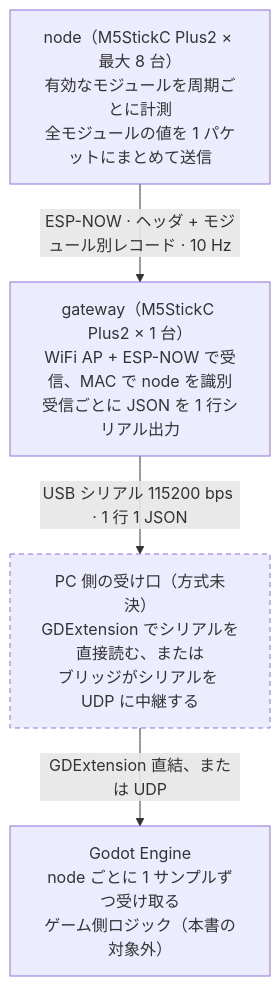
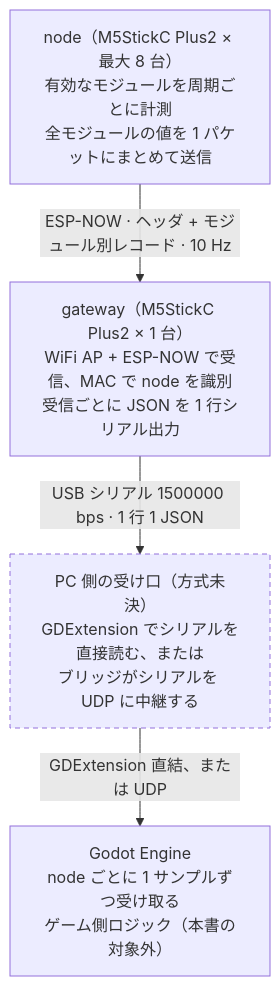
The first of 2 diagrams in doc/system-architecture.md (shiruku-shibata/Beer-Fw), drawn with Mermaid before and after one commit. The commit also changed other lines of this file and 8 other files, not shown here.

````diff
--- a/doc/system-architecture.md
+++ b/doc/system-architecture.md
@@ -19,13 +19,13 @@
 ```mermaid
 flowchart TB
     S["node（M5StickC Plus2 × 最大 8 台）<br/>有効なモジュールを周期ごとに計測<br/>全モジュールの値を 1 パケットにまとめて送信"]
     R["gateway（M5StickC Plus2 × 1 台）<br/>WiFi AP + ESP-NOW で受信、MAC で node を識別<br/>受信ごとに JSON を 1 行シリアル出力"]
     P["PC 側の受け口（方式未決）<br/>GDExtension でシリアルを直接読む、または<br/>ブリッジがシリアルを UDP に中継する"]
     G["Godot Engine<br/>node ごとに 1 サンプルずつ受け取る<br/>ゲーム側ロジック（本書の対象外）"]
 
     S -- "ESP-NOW · ヘッダ + モジュール別レコード · 10 Hz" --> R
-    R -- "USB シリアル 115200 bps · 1 行 1 JSON" --> P
+    R -- "USB シリアル 1500000 bps · 1 行 1 JSON" --> P
     P -- "GDExtension 直結、または UDP" --> G
 
     style P stroke-dasharray: 5 4
 ```
````
